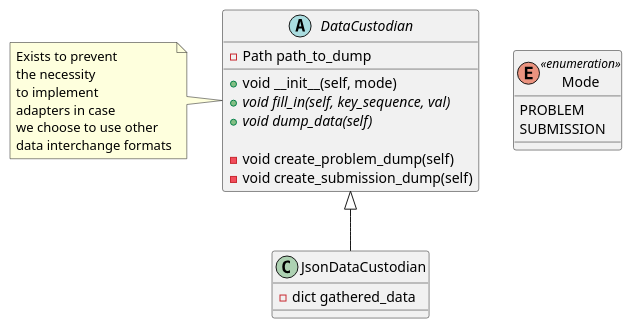
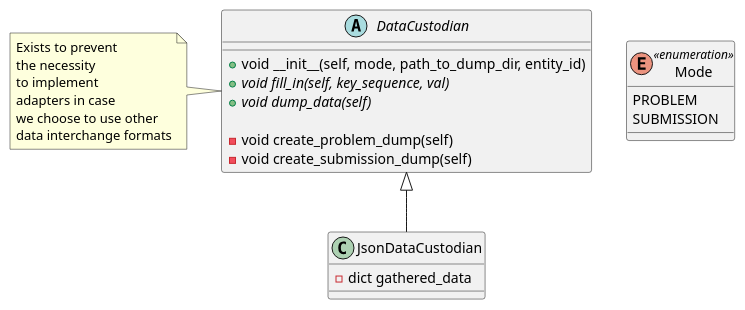
One commit to IgorZhiltsoff/TPy_project changed the diagram in Interface/CmdLineIF/DataCustodian/Class_DataCustodian.puml. Above: the diagram before and after it, drawn with PlantUML. The commit also changed 1 other file, not shown here.

```diff
--- a/Interface/CmdLineIF/DataCustodian/Class_DataCustodian.puml
+++ b/Interface/CmdLineIF/DataCustodian/Class_DataCustodian.puml
@@ -1,40 +1,37 @@
 @startuml
 'https://plantuml.com/class-diagram
 
 skinparam enum {
   BackgroundColor LightBlue
 }
 
 enum Mode <<enumeration>> {
 PROBLEM
 SUBMISSION
 }
 
 abstract class DataCustodian {
-    +void __init__(self, mode)
+    +void __init__(self, mode, path_to_dump_dir, entity_id)
     +{abstract} void fill_in(self, key_sequence, val)
     +{abstract} void dump_data(self)
 
     -void create_problem_dump(self)
     -void create_submission_dump(self)
-    -Path path_to_dump
 }
-
-' DataCustodian "1   " <-- "1 mode" Mode
 
 note left of DataCustodian
 Exists to prevent
 the necessity
 to implement
 adapters in case
 we choose to use other
 data interchange formats
 end note
 
 class JsonDataCustodian {
     -dict gathered_data
 }
 
 DataCustodian <|-- JsonDataCustodian
 
 @enduml
```
